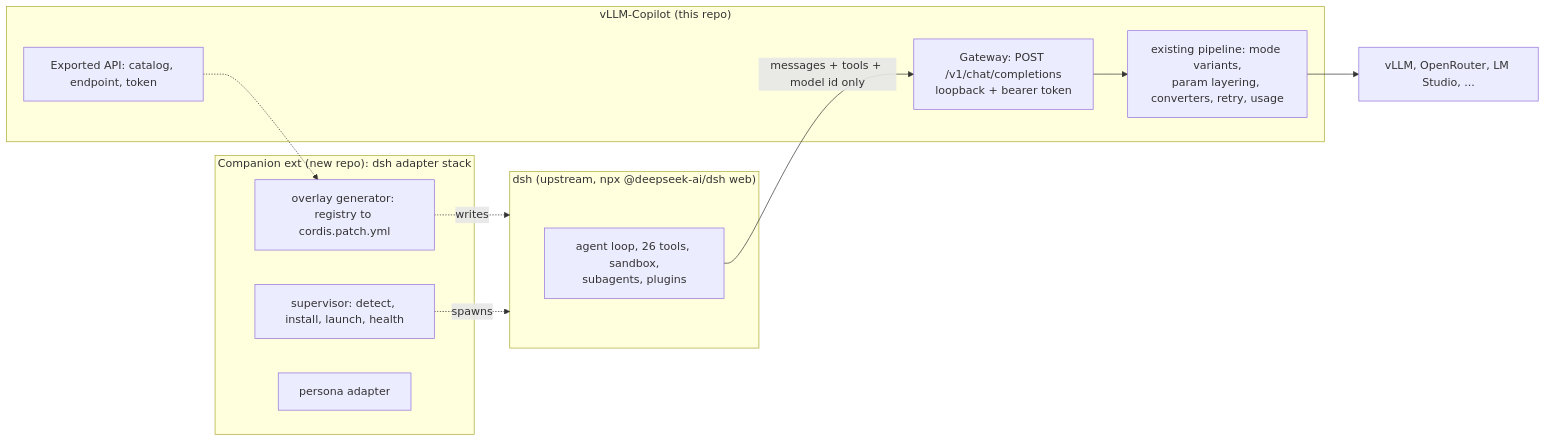
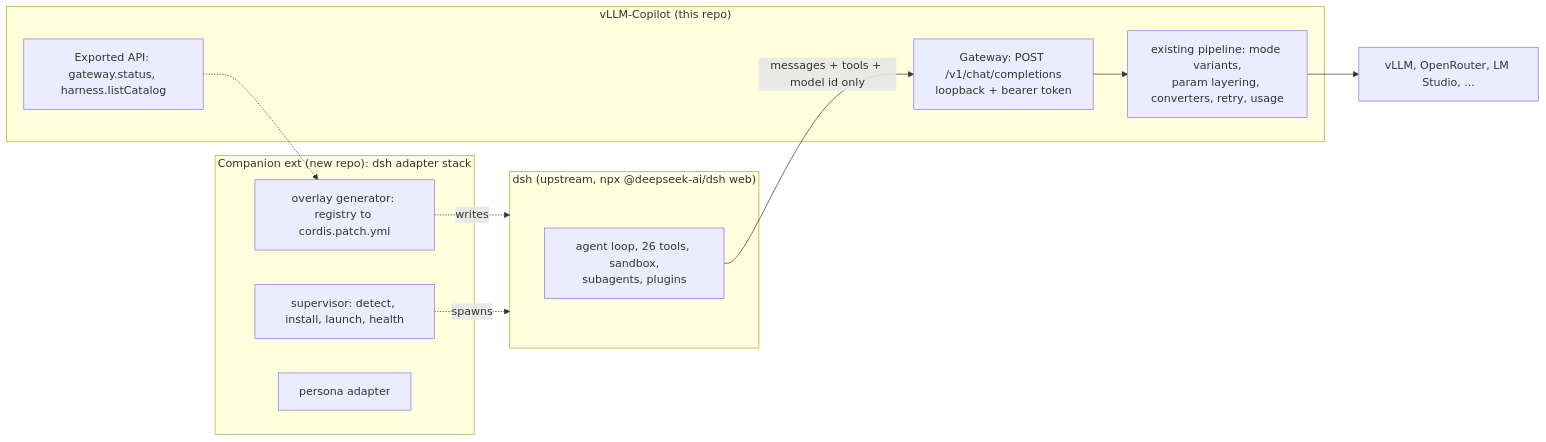
One commit to fuzzifikation/vLLM-Copilot changed the diagram in docs/dsh-bridge-plan.md. Above: the diagram before and after it, drawn with Mermaid. The commit also changed other lines of this file, not shown here.

````diff
--- a/docs/dsh-bridge-plan.md
+++ b/docs/dsh-bridge-plan.md
@@ -21,22 +21,22 @@
 ```mermaid
 flowchart LR
     subgraph DSH["dsh (upstream, npx @deepseek-ai/dsh web)"]
         LOOP[agent loop, 26 tools, sandbox,<br/>subagents, plugins]
     end
     subgraph MAIN["vLLM-Copilot (this repo)"]
         GW[Gateway: POST /v1/chat/completions<br/>loopback + bearer token]
         PIPE[existing pipeline: mode variants,<br/>param layering, converters, retry, usage]
-        API[Exported API: catalog, endpoint, token]
+        API[Exported API: gateway.status, harness.listCatalog]
         GW --> PIPE
     end
     subgraph COMP["Companion ext (new repo): dsh adapter stack"]
         SUP[supervisor: detect, install, launch, health]
         GEN[overlay generator: registry to cordis.patch.yml]
         PER[persona adapter]
     end
     LOOP -->|"messages + tools + model id only"| GW
     PIPE --> SRV[vLLM, OpenRouter, LM Studio, ...]
     API -.-> GEN
     GEN -.writes.-> DSH
     SUP -.spawns.-> DSH
 ```
````
